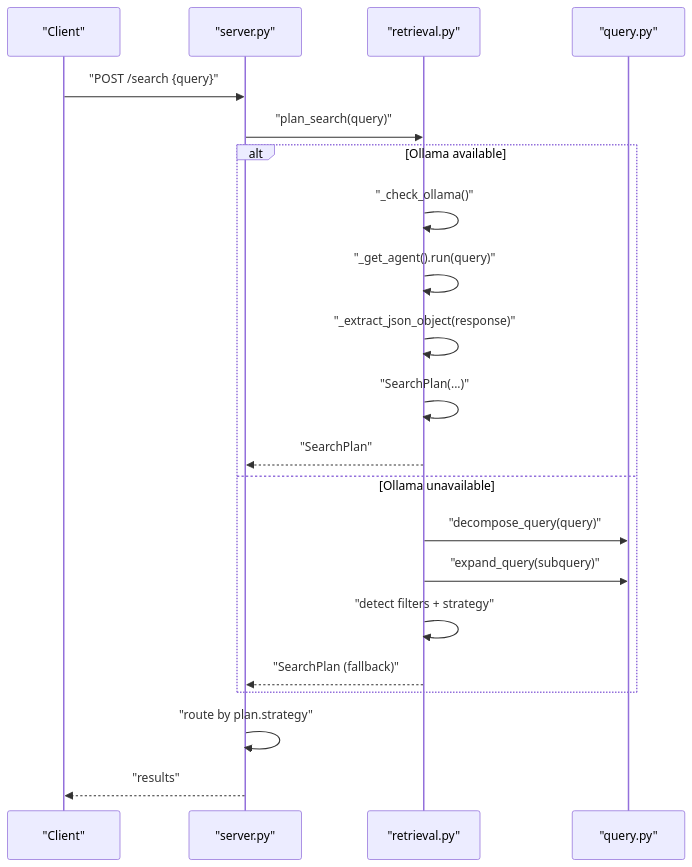
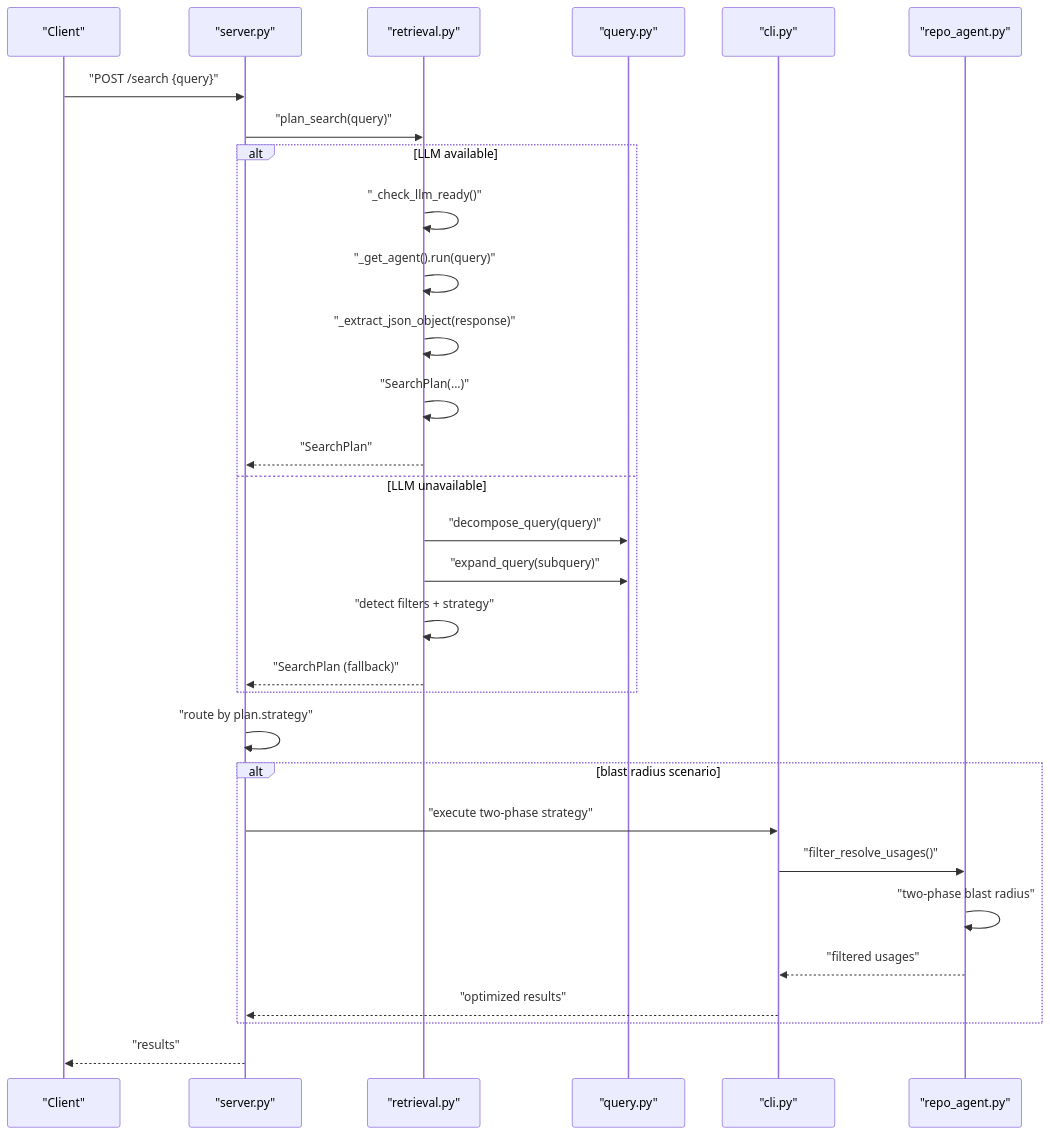
Before and after one commit to NcitDev/ragsystem: the second of 5 diagrams in docs/wiki/Search and Retrieval/Query Planning and Strategy Selection.md, drawn with Mermaid. The commit also changed other lines of this file and 27 other files, not shown here.

````diff
--- a/docs/wiki/Search and Retrieval/Query Planning and Strategy Selection.md
+++ b/docs/wiki/Search and Retrieval/Query Planning and Strategy Selection.md
@@ -79,23 +110,32 @@
 ```mermaid
 sequenceDiagram
 participant Client as "Client"
 participant Server as "server.py"
 participant Agent as "retrieval.py"
 participant CoreQ as "query.py"
+participant CLI as "cli.py"
+participant RepoAgent as "repo_agent.py"
 Client->>Server : "POST /search {query}"
 Server->>Agent : "plan_search(query)"
-alt Ollama available
-Agent->>Agent : "_check_ollama()"
+alt LLM available
+Agent->>Agent : "_check_llm_ready()"
 Agent->>Agent : "_get_agent().run(query)"
 Agent->>Agent : "_extract_json_object(response)"
 Agent->>Agent : "SearchPlan(...)"
 Agent-->>Server : "SearchPlan"
-else Ollama unavailable
+else LLM unavailable
 Agent->>CoreQ : "decompose_query(query)"
 Agent->>CoreQ : "expand_query(subquery)"
 Agent->>Agent : "detect filters + strategy"
 Agent-->>Server : "SearchPlan (fallback)"
 end
 Server->>Server : "route by plan.strategy"
+alt blast radius scenario
+Server->>CLI : "execute two-phase strategy"
+CLI->>RepoAgent : "filter_resolve_usages()"
+RepoAgent->>RepoAgent : "two-phase blast radius"
+RepoAgent-->>CLI : "filtered usages"
+CLI-->>Server : "optimized results"
+end
 Server-->>Client : "results"
 ```
````
